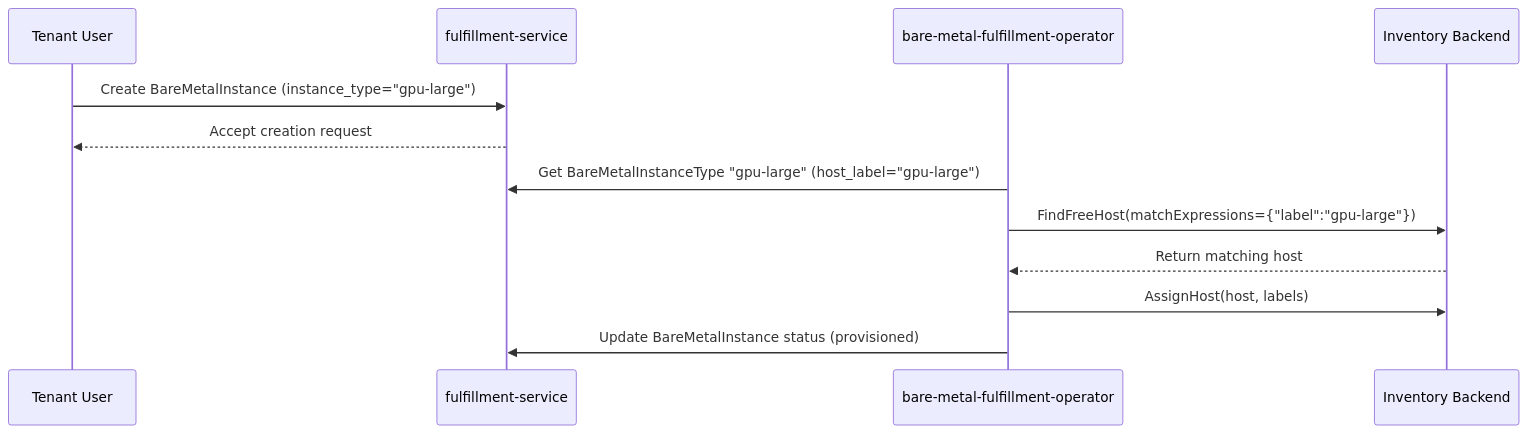
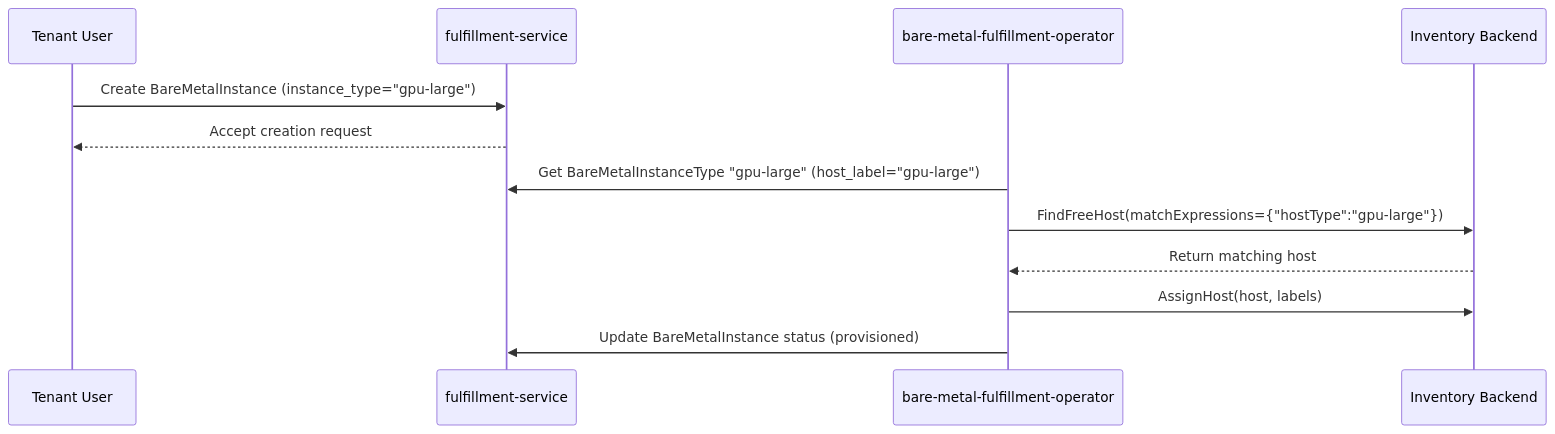
Before and after one commit to osac-project/enhancement-proposals: the second of 2 diagrams in enhancements/baremetal-instance-types/README.md, drawn with Mermaid. The commit also changed other lines of this file, not shown here.

````diff
--- a/enhancements/baremetal-instance-types/README.md
+++ b/enhancements/baremetal-instance-types/README.md
@@ -85,15 +85,15 @@
 ```mermaid
 sequenceDiagram
     participant Tenant as Tenant User
     participant FS as fulfillment-service
     participant Operator as bare-metal-fulfillment-operator
     participant Inventory as Inventory Backend
 
     Tenant->>FS: Create BareMetalInstance (instance_type="gpu-large")
     FS-->>Tenant: Accept creation request
     Operator->>FS: Get BareMetalInstanceType "gpu-large" (host_label="gpu-large")
-    Operator->>Inventory: FindFreeHost(matchExpressions={"label":"gpu-large"})
+    Operator->>Inventory: FindFreeHost(matchExpressions={"hostType":"gpu-large"})
     Inventory-->>Operator: Return matching host
     Operator->>Inventory: AssignHost(host, labels)
     Operator->>FS: Update BareMetalInstance status (provisioned)
 ```
````
